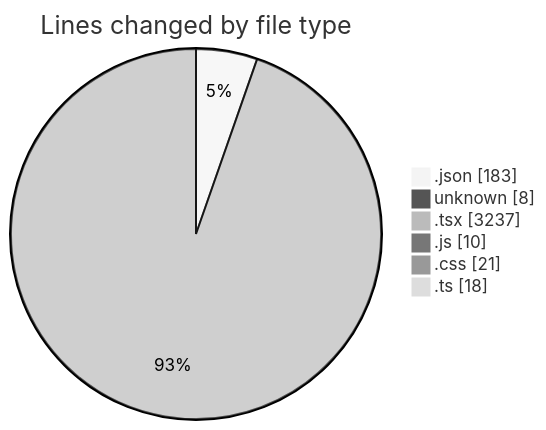
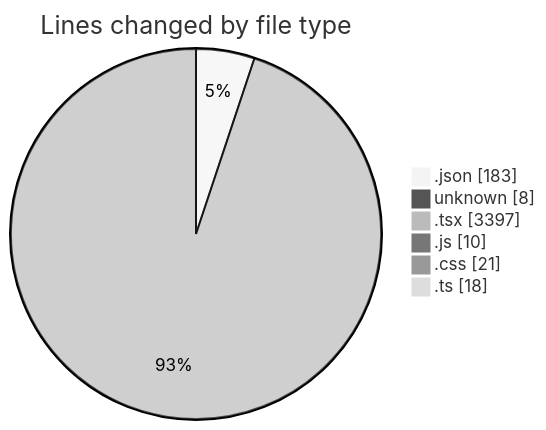
The first of 2 diagrams in 2025-05-02/niten/README.md (Elitesun/code-tracking), drawn with Mermaid (neutral theme) before and after one commit. The commit also changed other lines of this file and 1 other file, not shown here.

````diff
--- a/2025-05-02/niten/README.md
+++ b/2025-05-02/niten/README.md
@@ -43,10 +43,10 @@
 ```mermaid
 pie showData
 title Lines changed by file type
 ".json" : 183
 "unknown" : 8
-".tsx" : 3237
+".tsx" : 3397
 ".js" : 10
 ".css" : 21
 ".ts" : 18
 ```
````
